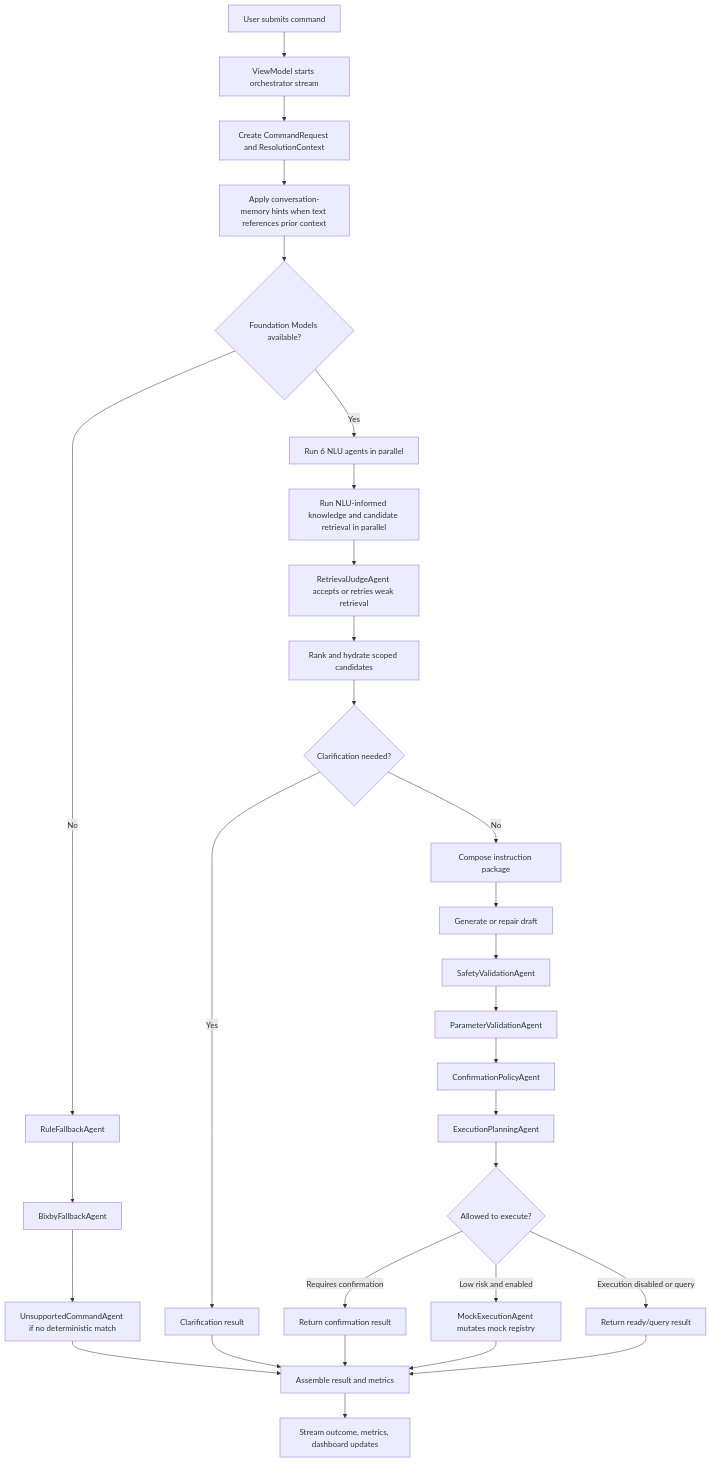
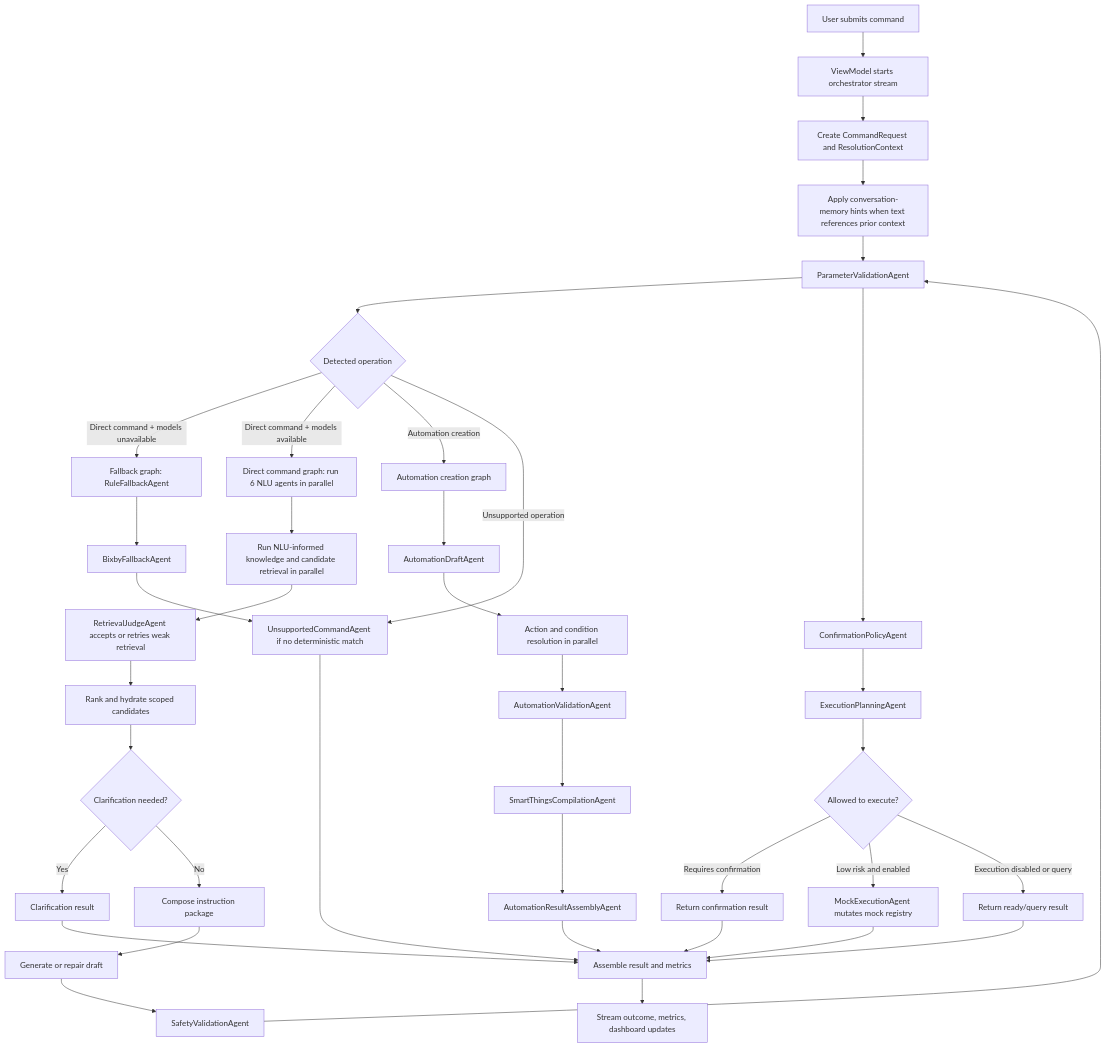
Before and after one commit to ksypinro/HomeAutomation: the second of 3 diagrams in README.md, drawn with Mermaid. The commit also changed other lines of this file and 144 other files, not shown here.

````diff
--- a/README.md
+++ b/README.md
@@ -130,35 +134,45 @@
 ```mermaid
 flowchart TD
     A["User submits command"] --> B["ViewModel starts orchestrator stream"]
     B --> C["Create CommandRequest and ResolutionContext"]
     C --> D["Apply conversation-memory hints when text references prior context"]
-    D --> E{"Foundation Models available?"}
+    D --> R["Root command graph: OperationDetectionAgent"]
+    R --> E{"Detected operation"}
 
-    E -->|No| F["RuleFallbackAgent"]
+    E -->|Direct command + models unavailable| F["Fallback graph: RuleFallbackAgent"]
     F --> G["BixbyFallbackAgent"]
     G --> H["UnsupportedCommandAgent if no deterministic match"]
 
-    E -->|Yes| I["Run 6 NLU agents in parallel"]
+    E -->|Direct command + models available| I["Direct command graph: run 6 NLU agents in parallel"]
     I --> J["Run NLU-informed knowledge and candidate retrieval in parallel"]
     J --> K["RetrievalJudgeAgent accepts or retries weak retrieval"]
     K --> L["Rank and hydrate scoped candidates"]
     L --> M{"Clarification needed?"}
     M -->|Yes| N["Clarification result"]
     M -->|No| O["Compose instruction package"]
     O --> P["Generate or repair draft"]
     P --> Q["SafetyValidationAgent"]
     Q --> R["ParameterValidationAgent"]
     R --> S["ConfirmationPolicyAgent"]
     S --> T["ExecutionPlanningAgent"]
     T --> U{"Allowed to execute?"}
     U -->|Requires confirmation| V["Return confirmation result"]
     U -->|Low risk and enabled| W["MockExecutionAgent mutates mock registry"]
     U -->|Execution disabled or query| X["Return ready/query result"]
 
+    E -->|Automation creation| AA["Automation creation graph"]
+    AA --> AB["AutomationDraftAgent"]
+    AB --> AC["Action and condition resolution in parallel"]
+    AC --> AD["AutomationValidationAgent"]
+    AD --> AE["SmartThingsCompilationAgent"]
+    AE --> AF["AutomationResultAssemblyAgent"]
+
+    E -->|Unsupported operation| H
     H --> Y["Assemble result and metrics"]
     N --> Y
     V --> Y
     W --> Y
     X --> Y
+    AF --> Y
     Y --> Z["Stream outcome, metrics, dashboard updates"]
 ```
````
